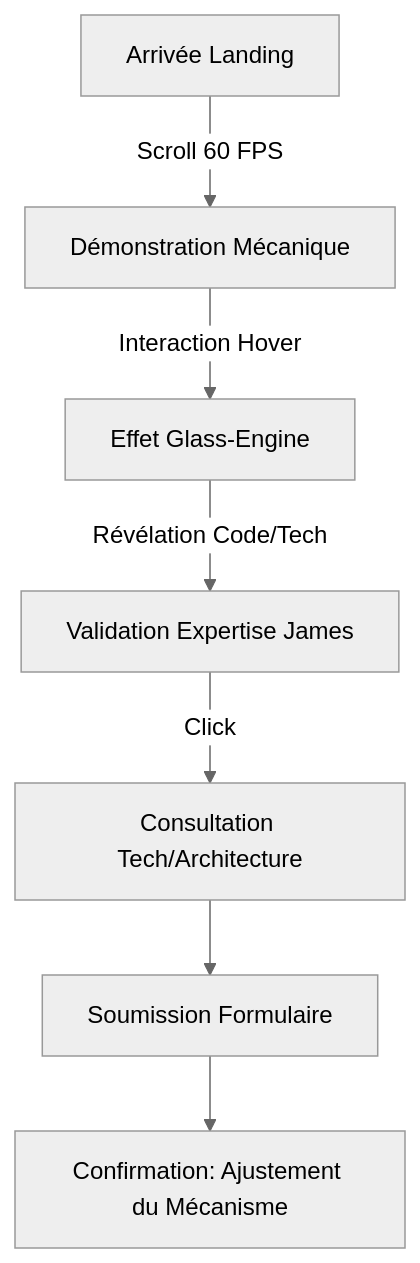
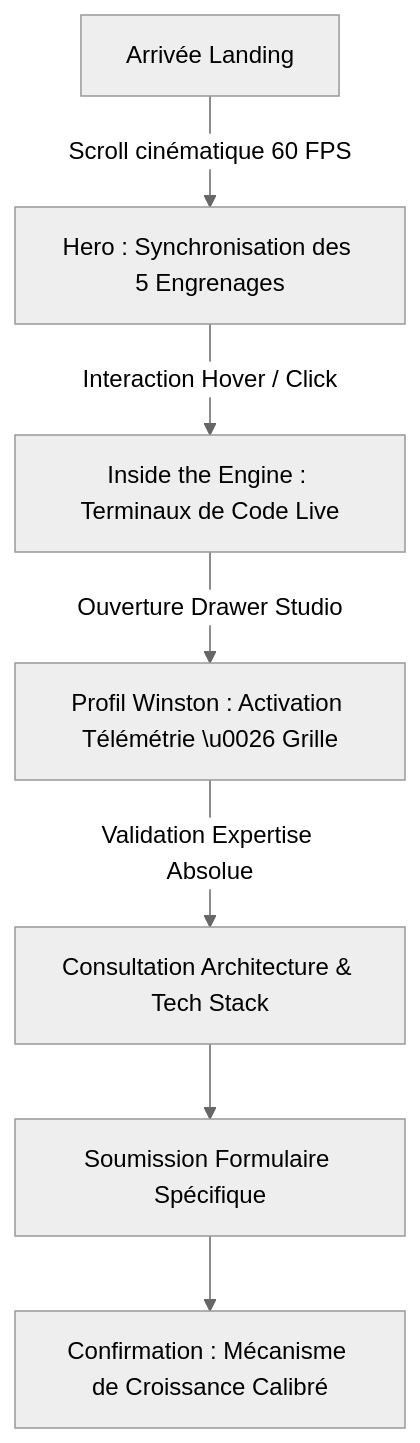
Before and after one commit to davidkalambay/picsell-vitrine: the first of 2 diagrams in _bmad-output/planning-artifacts/ux-design-specification.md, drawn with Mermaid (neutral theme). The commit also changed other lines of this file and 2 other files, not shown here.

````diff
--- a/_bmad-output/planning-artifacts/ux-design-specification.md
+++ b/_bmad-output/planning-artifacts/ux-design-specification.md
@@ -211,9 +130,9 @@
 ```mermaid
 graph TD
-    A[Arrivée Landing] -->|Scroll 60 FPS| B[Démonstration Mécanique]
-    B -->|Interaction Hover| C[Effet Glass-Engine]
-    C -->|Révélation Code/Tech| D[Validation Expertise James]
-    D -->|Click| E[Consultation Tech/Architecture]
-    E --> F[Soumission Formulaire]
-    F --> G[Confirmation: Ajustement du Mécanisme]
+    A[Arrivée Landing] -->|Scroll cinématique 60 FPS| B[Hero : Synchronisation des 5 Engrenages]
+    B -->|Interaction Hover / Click| C[Inside the Engine : Terminaux de Code Live]
+    C -->|Ouverture Drawer Studio| D[Profil Winston : Activation Télémétrie \u0026 Grille]
+    D -->|Validation Expertise Absolue| E[Consultation Architecture & Tech Stack]
+    E --> F[Soumission Formulaire Spécifique]
+    F --> G[Confirmation : Mécanisme de Croissance Calibré]
 ```
````
